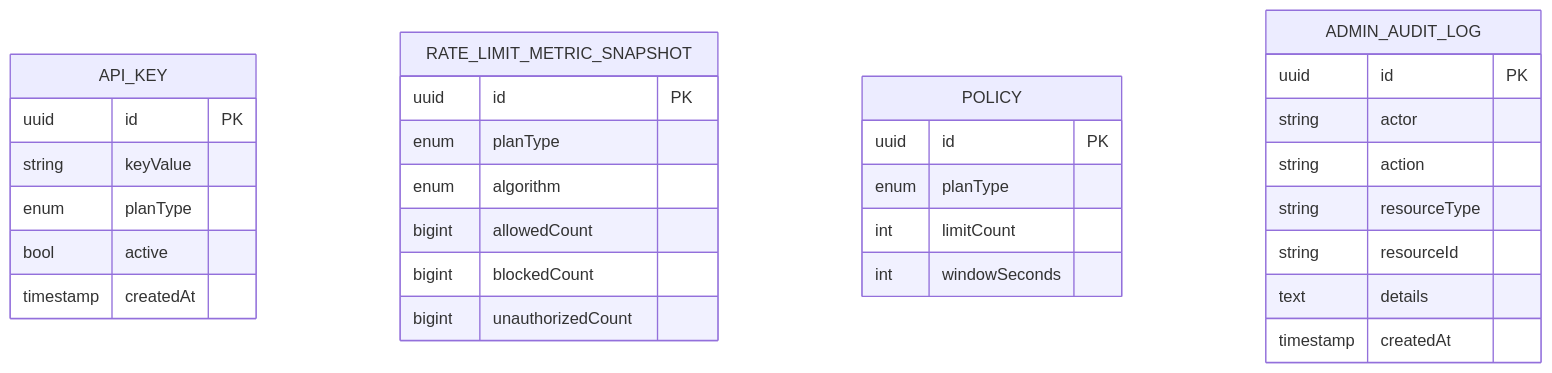
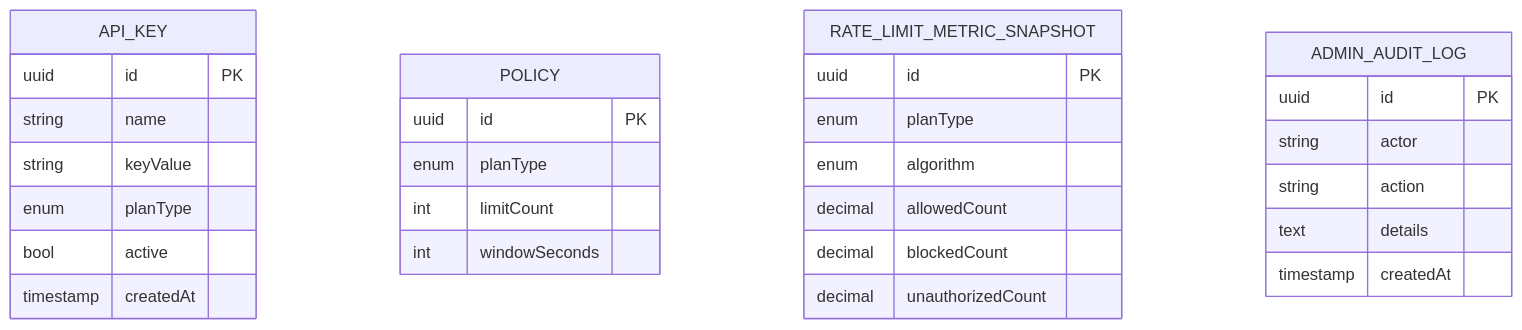
The fifth of 5 diagrams in README.md (Kailas2004/polaris-api-monitoring), drawn with Mermaid before and after one commit. The commit also changed other lines of this file and 3 other files, not shown here.

````diff
--- a/README.md
+++ b/README.md
@@ -54,33 +142,32 @@
 ```mermaid
 erDiagram
     API_KEY {
         uuid id PK
+        string name
         string keyValue
         enum planType
         bool active
         timestamp createdAt
-    }
-    RATE_LIMIT_METRIC_SNAPSHOT {
-        uuid id PK
-        enum planType
-        enum algorithm
-        bigint allowedCount
-        bigint blockedCount
-        bigint unauthorizedCount
     }
     POLICY {
         uuid id PK
         enum planType
         int limitCount
         int windowSeconds
     }
+    RATE_LIMIT_METRIC_SNAPSHOT {
+        uuid id PK
+        enum planType
+        enum algorithm
+        decimal allowedCount
+        decimal blockedCount
+        decimal unauthorizedCount
+    }
     ADMIN_AUDIT_LOG {
         uuid id PK
         string actor
         string action
-        string resourceType
-        string resourceId
         text details
         timestamp createdAt
     }
 ```
````
